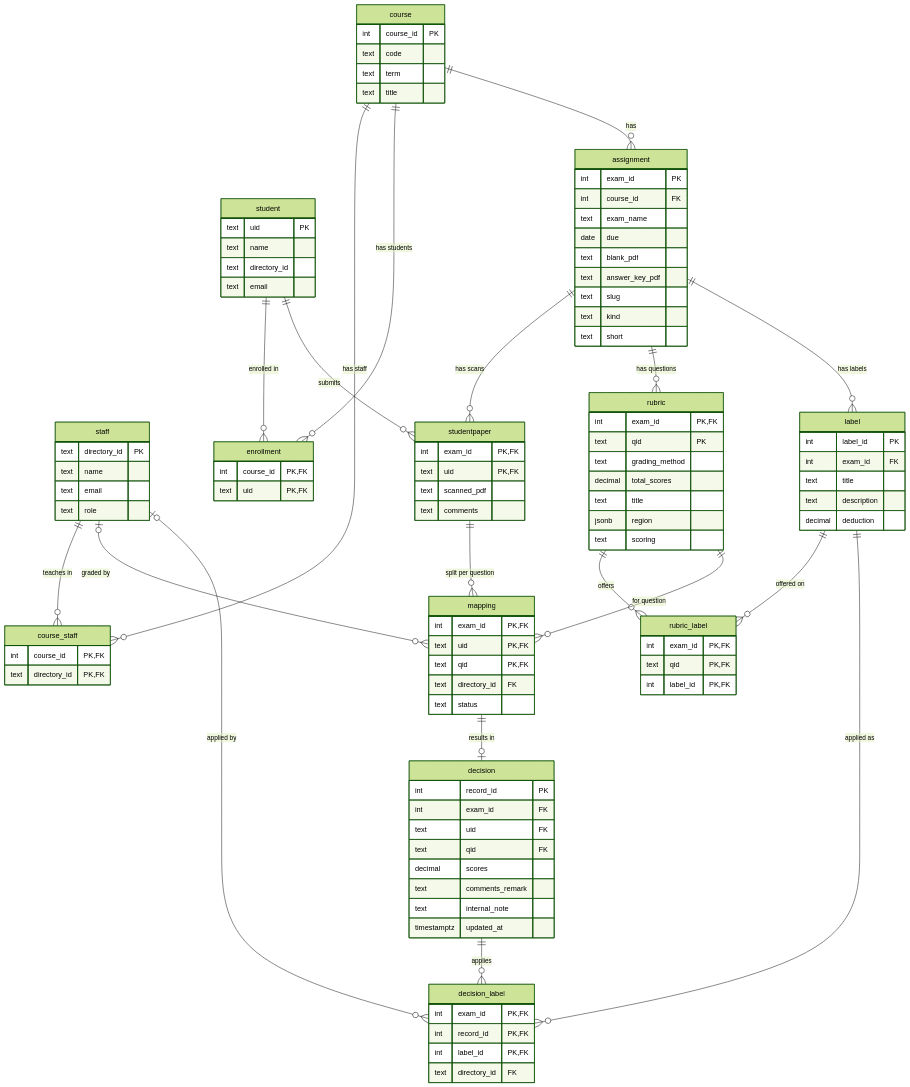
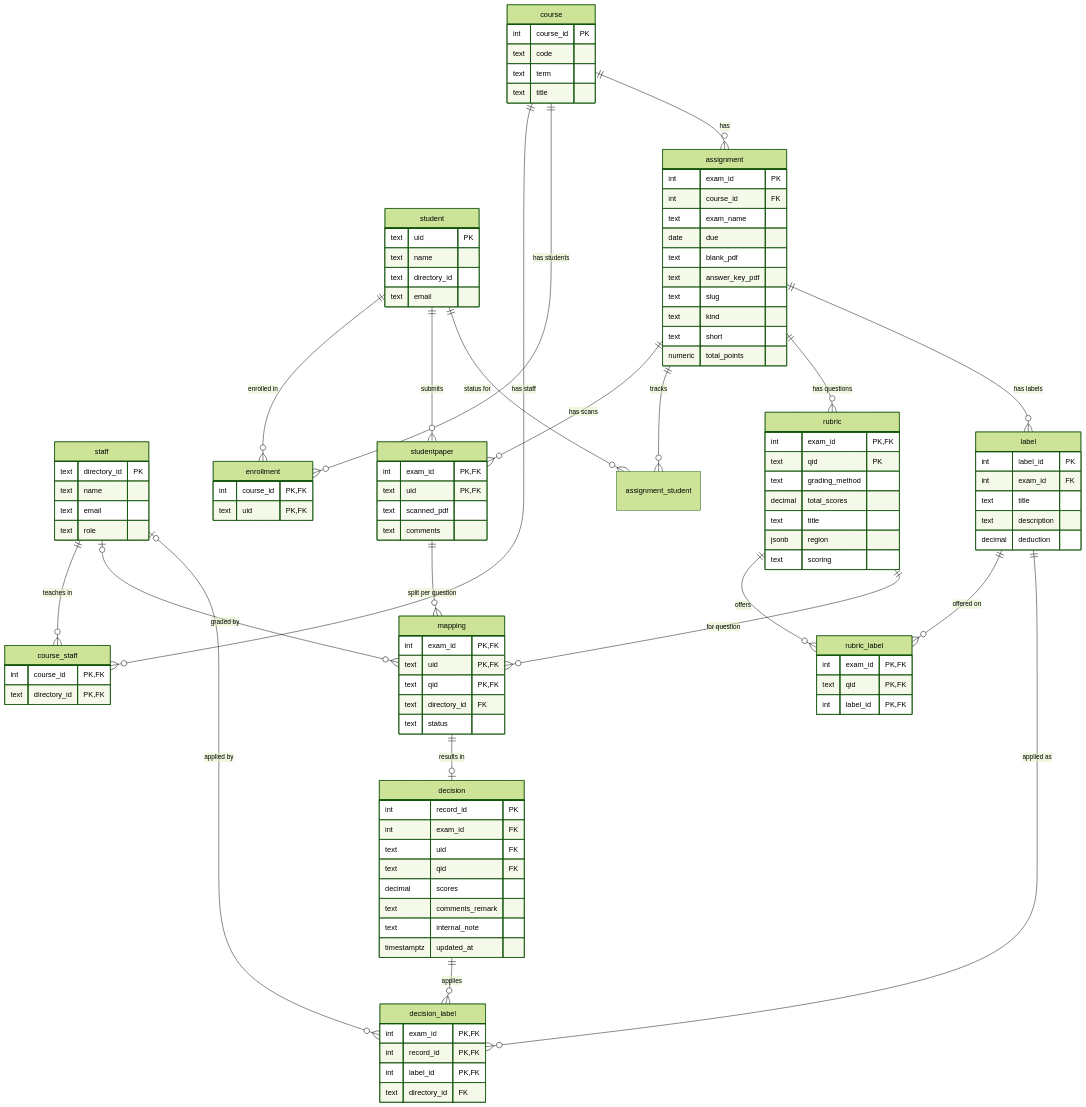
The diagram in DATABASE_OVERVIEW.md (wzx1237/group-project), drawn with Mermaid (forest theme) before and after one commit. The commit also changed other lines of this file and 81 other files, not shown here.

```diff
--- a/DATABASE_OVERVIEW.md
+++ b/DATABASE_OVERVIEW.md
@@ -39,6 +45,8 @@
     course ||--o{ assignment : "has"
     assignment ||--o{ studentpaper : "has scans"
     student ||--o{ studentpaper : "submits"
+    assignment ||--o{ assignment_student : "tracks"
+    student ||--o{ assignment_student : "status for"
     assignment ||--o{ rubric : "has questions"
     assignment ||--o{ label : "has labels"
     rubric ||--o{ rubric_label : "offers"
@@ -87,6 +95,7 @@
         text slug
         text kind
         text short
+        numeric total_points
     }
     studentpaper {
         int exam_id PK,FK
```
